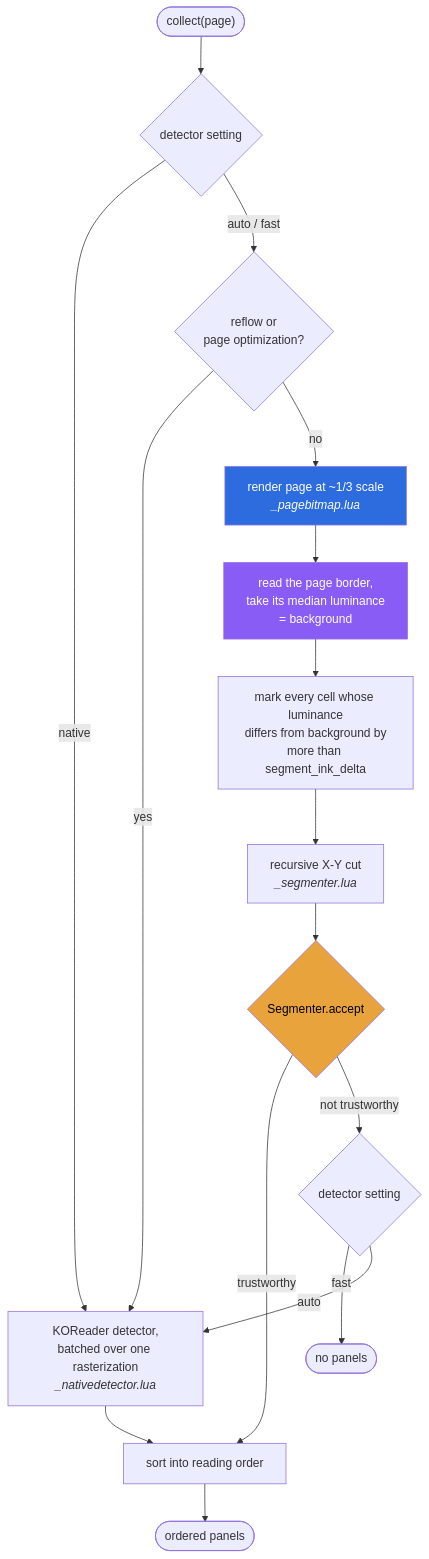
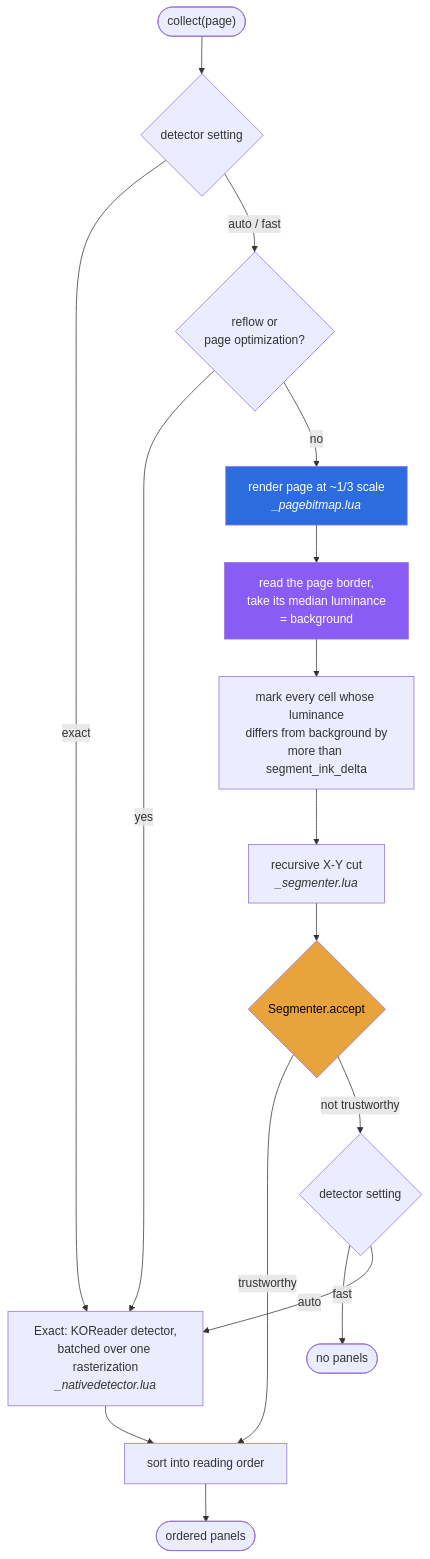
The first of 5 diagrams in docs/DETECTION.md (KristanLaimon/PanelsPlus), drawn with Mermaid before and after one commit. The commit also changed other lines of this file and 2 other files, not shown here.

First line of the commit message:
docs: cover tilted gutters and the viewer mode button

````diff
--- a/docs/DETECTION.md
+++ b/docs/DETECTION.md
@@ -33,26 +34,26 @@
 ```mermaid
 flowchart TD
     START(["collect(page)"]) --> MODE{"detector setting"}
-    MODE -->|native| NATIVE
+    MODE -->|exact| NATIVE
     MODE -->|auto / fast| BLOCK{"reflow or<br/>page optimization?"}
 
     BLOCK -->|yes| NATIVE
     BLOCK -->|no| RENDER["render page at ~1/3 scale<br/><i>_pagebitmap.lua</i>"]
 
     RENDER --> BG["read the page border,<br/>take its median luminance<br/>= background"]
     BG --> BIN["mark every cell whose luminance<br/>differs from background by<br/>more than segment_ink_delta"]
     BIN --> CUT["recursive X-Y cut<br/><i>_segmenter.lua</i>"]
     CUT --> ACCEPT{"Segmenter.accept"}
 
     ACCEPT -->|trustworthy| SORT["sort into reading order"]
     ACCEPT -->|not trustworthy| FB{"detector setting"}
     FB -->|fast| EMPTY(["no panels"])
-    FB -->|auto| NATIVE["KOReader detector,<br/>batched over one rasterization<br/><i>_nativedetector.lua</i>"]
+    FB -->|auto| NATIVE["Exact: KOReader detector,<br/>batched over one rasterization<br/><i>_nativedetector.lua</i>"]
 
     NATIVE --> SORT
     SORT --> DONE(["ordered panels"])
 
     style RENDER fill:#2d6cdf,color:#fff
     style BG fill:#8a5cf6,color:#fff
     style ACCEPT fill:#e8a33d,color:#000
 ```
````
